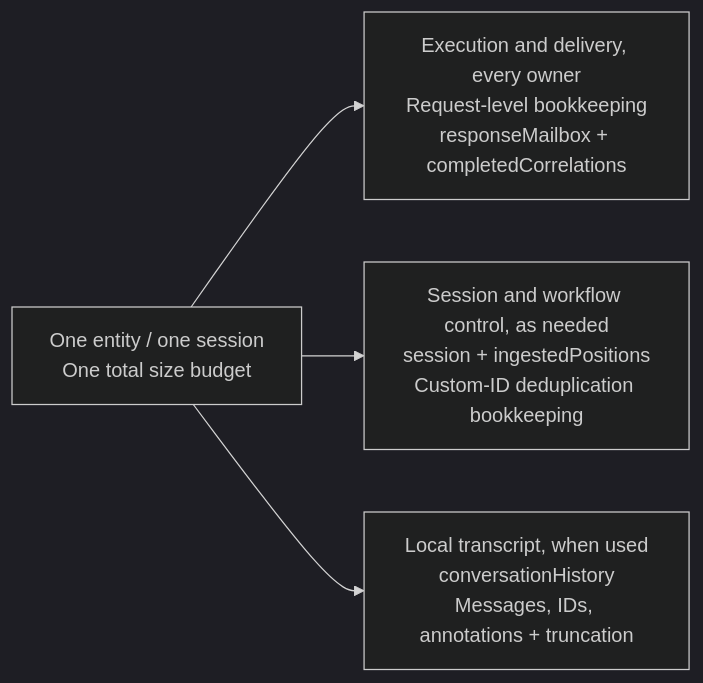
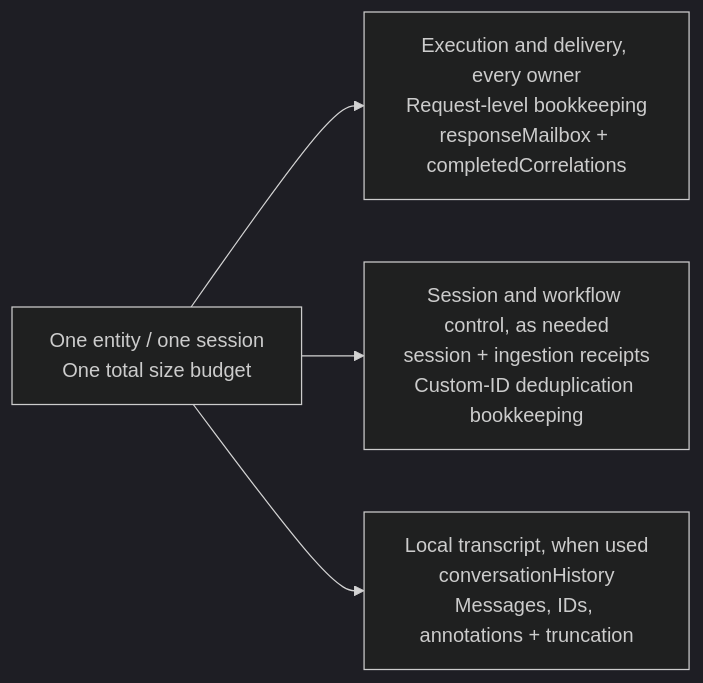
The second of 6 diagrams in docs/decisions/0032-durable-thread-compaction.md (microsoft/agent-framework-durable-extension), drawn with Mermaid (dark theme) before and after one commit. The commit also changed other lines of this file, not shown here.

````diff
--- a/docs/decisions/0032-durable-thread-compaction.md
+++ b/docs/decisions/0032-durable-thread-compaction.md
@@ -164,7 +166,7 @@
 ```mermaid
 flowchart LR
   ENTITY["One entity / one session<br/>One total size budget"]
   ENTITY --> EXEC["Execution and delivery, every owner<br/>Request-level bookkeeping<br/>responseMailbox + completedCorrelations"]
-  ENTITY --> CONTROL["Session and workflow control, as needed<br/>session + ingestedPositions<br/>Custom-ID deduplication bookkeeping"]
+  ENTITY --> CONTROL["Session and workflow control, as needed<br/>session + ingestion receipts<br/>Custom-ID deduplication bookkeeping"]
   ENTITY --> HISTORY["Local transcript, when used<br/>conversationHistory<br/>Messages, IDs, annotations + truncation"]
 ```
````
